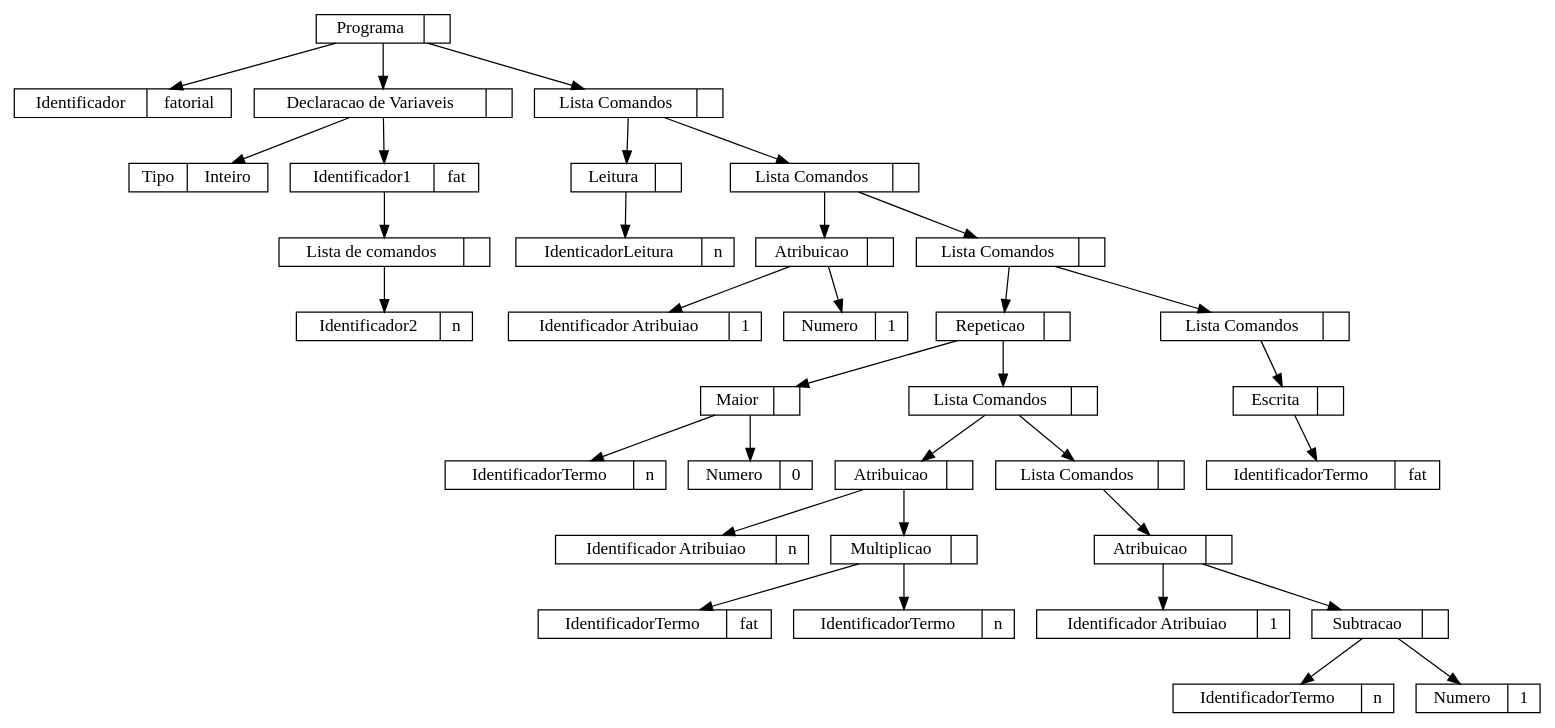
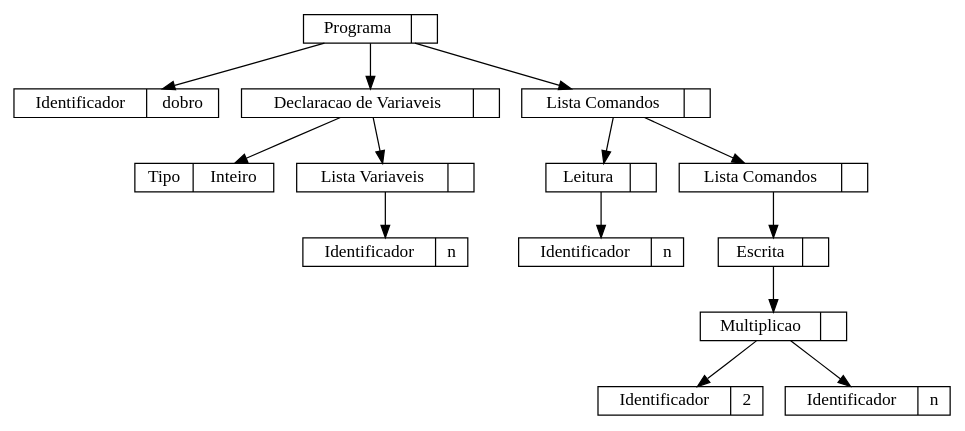
The diagram in analisador/parte5/tree.dot (Joao-Pedro-dos-Santos-Melo/compiladores), drawn with Graphviz before and after one commit. The commit also changed 5 other files, not shown here.

```diff
--- a/analisador/parte5/tree.dot
+++ b/analisador/parte5/tree.dot
@@ -1,70 +1,30 @@
 digraph {
 	node [ shape=record, height = .1] ;
-	n0x64e782b9e5d0 [label="Programa|"]
-	n0x64e782b9d6f0 [label="Identificador|fatorial"]
-	n0x64e782b9d920 [label="Declaracao de Variaveis|"]
-	n0x64e782b9d760 [label="Tipo|Inteiro"]
-	n0x64e782b9d8b0 [label="Identificador1|fat"]
-	n0x64e782b9d7d0 [label="Lista de comandos|"]
-	n0x64e782b9d840 [label="Identificador2|n"]
-	n0x64e782b9e560 [label="Lista Comandos|"]
-	n0x64e782b9da70 [label="Leitura|"]
-	n0x64e782b9da00 [label="IdenticadorLeitura|n"]
-	n0x64e782b9e4f0 [label="Lista Comandos|"]
-	n0x64e782b9db50 [label="Atribuicao|"]
-	n0x64e782b9dbc0 [label="Identificador Atribuiao|1"]
-	n0x64e782b9dae0 [label="Numero|1"]
-	n0x64e782b9e480 [label="Lista Comandos|"]
-	n0x64e782b9e2c0 [label="Repeticao|"]
-	n0x64e782b9dd10 [label="Maior|"]
-	n0x64e782b9dc30 [label="IdentificadorTermo|n"]
-	n0x64e782b9dca0 [label="Numero|0"]
-	n0x64e782b9e250 [label="Lista Comandos|"]
-	n0x64e782b9ded0 [label="Atribuicao|"]
-	n0x64e782b9df40 [label="Identificador Atribuiao|n"]
-	n0x64e782b9de60 [label="Multiplicao|"]
-	n0x64e782b9dd80 [label="IdentificadorTermo|fat"]
-	n0x64e782b9ddf0 [label="IdentificadorTermo|n"]
-	n0x64e782b9e1e0 [label="Lista Comandos|"]
-	n0x64e782b9e100 [label="Atribuicao|"]
-	n0x64e782b9e170 [label="Identificador Atribuiao|1"]
-	n0x64e782b9e090 [label="Subtracao|"]
-	n0x64e782b9dfb0 [label="IdentificadorTermo|n"]
-	n0x64e782b9e020 [label="Numero|1"]
-	n0x64e782b9e410 [label="Lista Comandos|"]
-	n0x64e782b9e3a0 [label="Escrita|"]
-	n0x64e782b9e330 [label="IdentificadorTermo|fat"]
-	n0x64e782b9e5d0 -> n0x64e782b9d6f0
-	n0x64e782b9e5d0 -> n0x64e782b9d920
-	n0x64e782b9d920 -> n0x64e782b9d760
-	n0x64e782b9d920 -> n0x64e782b9d8b0
-	n0x64e782b9d8b0 -> n0x64e782b9d7d0
-	n0x64e782b9d7d0 -> n0x64e782b9d840
-	n0x64e782b9e5d0 -> n0x64e782b9e560
-	n0x64e782b9e560 -> n0x64e782b9da70
-	n0x64e782b9da70 -> n0x64e782b9da00
-	n0x64e782b9e560 -> n0x64e782b9e4f0
-	n0x64e782b9e4f0 -> n0x64e782b9db50
-	n0x64e782b9db50 -> n0x64e782b9dbc0
-	n0x64e782b9db50 -> n0x64e782b9dae0
-	n0x64e782b9e4f0 -> n0x64e782b9e480
-	n0x64e782b9e480 -> n0x64e782b9e2c0
-	n0x64e782b9e2c0 -> n0x64e782b9dd10
-	n0x64e782b9dd10 -> n0x64e782b9dc30
-	n0x64e782b9dd10 -> n0x64e782b9dca0
-	n0x64e782b9e2c0 -> n0x64e782b9e250
-	n0x64e782b9e250 -> n0x64e782b9ded0
-	n0x64e782b9ded0 -> n0x64e782b9df40
-	n0x64e782b9ded0 -> n0x64e782b9de60
-	n0x64e782b9de60 -> n0x64e782b9dd80
-	n0x64e782b9de60 -> n0x64e782b9ddf0
-	n0x64e782b9e250 -> n0x64e782b9e1e0
-	n0x64e782b9e1e0 -> n0x64e782b9e100
-	n0x64e782b9e100 -> n0x64e782b9e170
-	n0x64e782b9e100 -> n0x64e782b9e090
-	n0x64e782b9e090 -> n0x64e782b9dfb0
-	n0x64e782b9e090 -> n0x64e782b9e020
-	n0x64e782b9e480 -> n0x64e782b9e410
-	n0x64e782b9e410 -> n0x64e782b9e3a0
-	n0x64e782b9e3a0 -> n0x64e782b9e330
+	n0x63607765ad10 [label="Programa|"]
+	n0x63607765a6f0 [label="Identificador|dobro"]
+	n0x63607765a8b0 [label="Declaracao de Variaveis|"]
+	n0x63607765a760 [label="Tipo|Inteiro"]
+	n0x63607765a7d0 [label="Lista Variaveis|"]
+	n0x63607765a840 [label="Identificador|n"]
+	n0x63607765aca0 [label="Lista Comandos|"]
+	n0x63607765aa00 [label="Leitura|"]
+	n0x63607765a990 [label="Identificador|n"]
+	n0x63607765ac30 [label="Lista Comandos|"]
+	n0x63607765abc0 [label="Escrita|"]
+	n0x63607765ab50 [label="Multiplicao|"]
+	n0x63607765aa70 [label="Identificador|2"]
+	n0x63607765aae0 [label="Identificador|n"]
+	n0x63607765ad10 -> n0x63607765a6f0
+	n0x63607765ad10 -> n0x63607765a8b0
+	n0x63607765a8b0 -> n0x63607765a760
+	n0x63607765a8b0 -> n0x63607765a7d0
+	n0x63607765a7d0 -> n0x63607765a840
+	n0x63607765ad10 -> n0x63607765aca0
+	n0x63607765aca0 -> n0x63607765aa00
+	n0x63607765aa00 -> n0x63607765a990
+	n0x63607765aca0 -> n0x63607765ac30
+	n0x63607765ac30 -> n0x63607765abc0
+	n0x63607765abc0 -> n0x63607765ab50
+	n0x63607765ab50 -> n0x63607765aa70
+	n0x63607765ab50 -> n0x63607765aae0
 }
```
